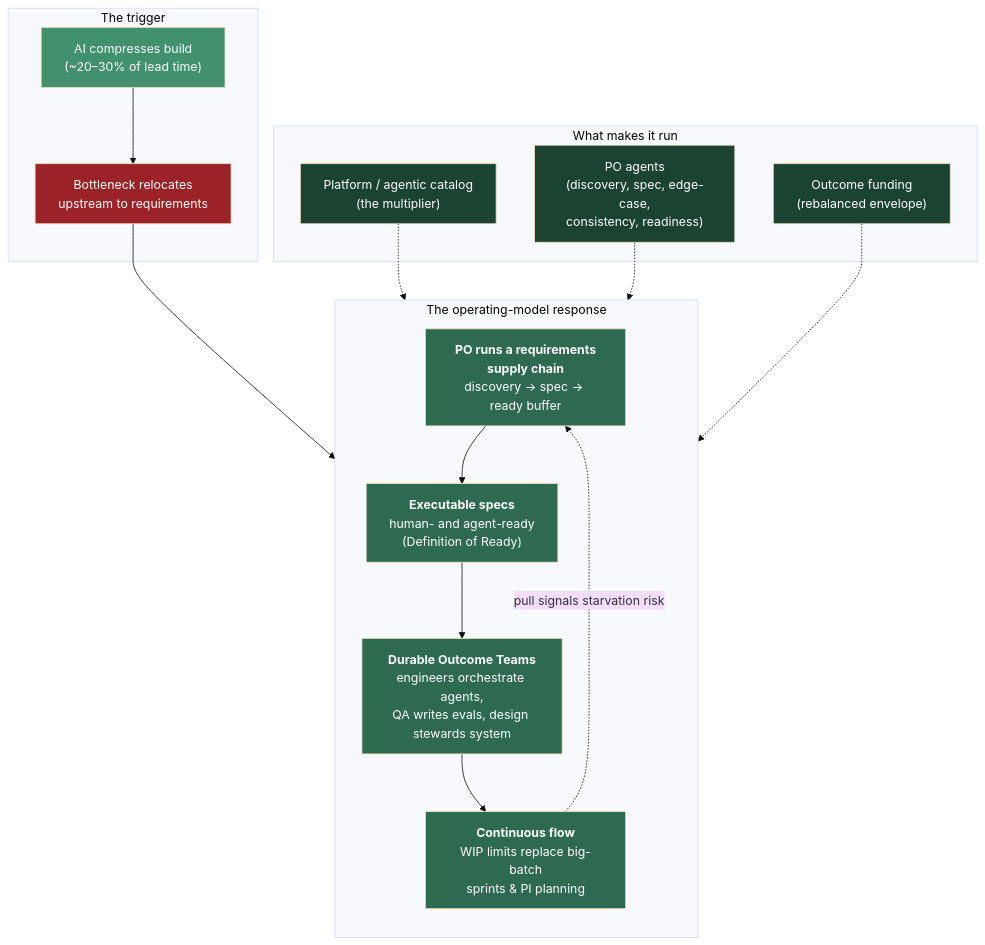
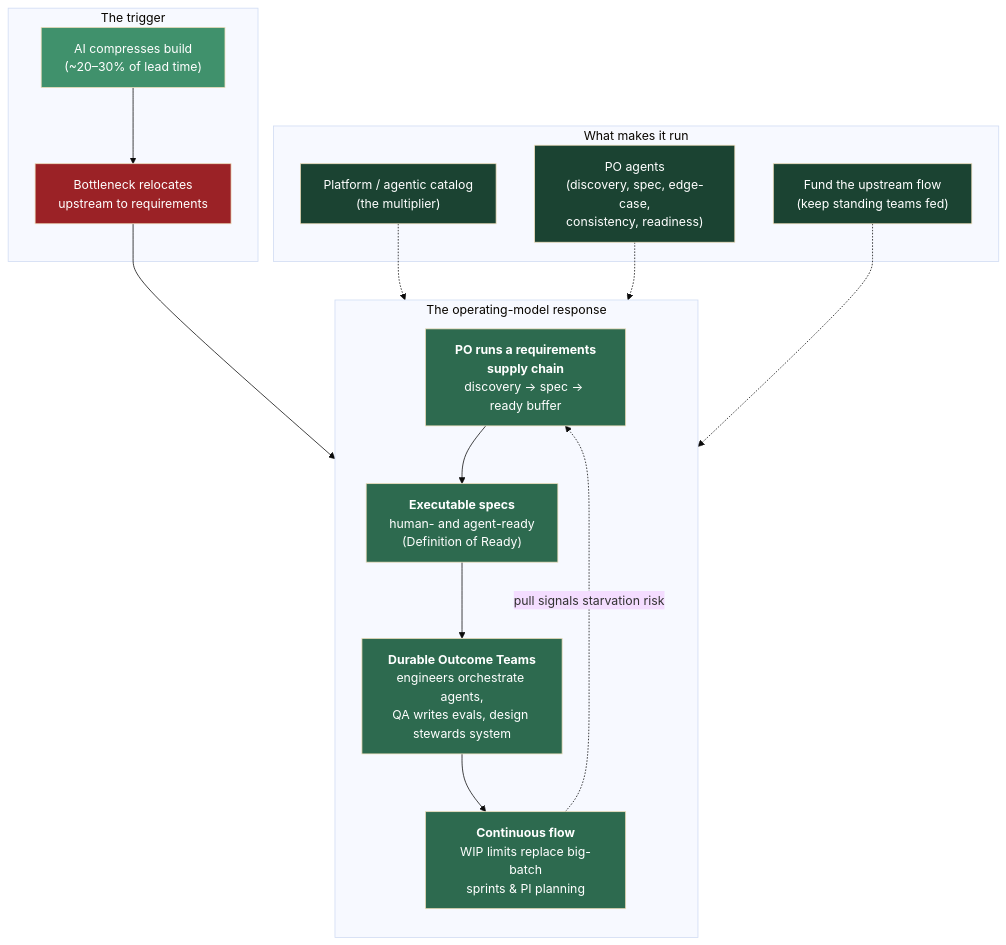
The first of 2 diagrams in docs/model-at-a-glance.md (RED-Internal-Development/delivery-operating-model), drawn with Mermaid (base theme) before and after one commit. The commit also changed other lines of this file and 1 other file, not shown here.

Commit message:
docs: reframe executive summary around the new operating model and upstream blockers; relabel funding node in glance

````diff
--- a/docs/model-at-a-glance.md
+++ b/docs/model-at-a-glance.md
@@ -9,38 +9,38 @@
 ```mermaid
 flowchart TB
     subgraph CAUSE["The trigger"]
         AI["AI compresses build<br/>(~20–30% of lead time)"]
         AI --> BN["Bottleneck relocates<br/>upstream to requirements"]
     end
 
     subgraph RESPONSE["The operating-model response"]
         direction TB
         PO["<b>PO runs a requirements<br/>supply chain</b><br/>discovery → spec → ready buffer"]
         SPEC["<b>Executable specs</b><br/>human- and agent-ready<br/>(Definition of Ready)"]
         TEAM["<b>Durable Outcome Teams</b><br/>engineers orchestrate agents,<br/>QA writes evals, design stewards system"]
         FLOW["<b>Continuous flow</b><br/>WIP limits replace big-batch<br/>sprints & PI planning"]
         PO --> SPEC --> TEAM --> FLOW
         FLOW -. "pull signals starvation risk" .-> PO
     end
 
     subgraph ENABLERS["What makes it run"]
         PLAT["Platform / agentic catalog<br/>(the multiplier)"]
         AGENTS["PO agents<br/>(discovery, spec, edge-case,<br/>consistency, readiness)"]
-        FUND["Outcome funding<br/>(rebalanced envelope)"]
+        FUND["Fund the upstream flow<br/>(keep standing teams fed)"]
     end
 
     BN --> PO
     PLAT -.-> TEAM
     AGENTS -.-> SPEC
     FUND -.-> TEAM
 
     style AI fill:#40916c,color:#fff
     style BN fill:#9b2226,color:#fff
     style PO fill:#2d6a4f,color:#fff
     style SPEC fill:#2d6a4f,color:#fff
     style TEAM fill:#2d6a4f,color:#fff
     style FLOW fill:#2d6a4f,color:#fff
     style PLAT fill:#1b4332,color:#fff
     style AGENTS fill:#1b4332,color:#fff
     style FUND fill:#1b4332,color:#fff
 ```
````
